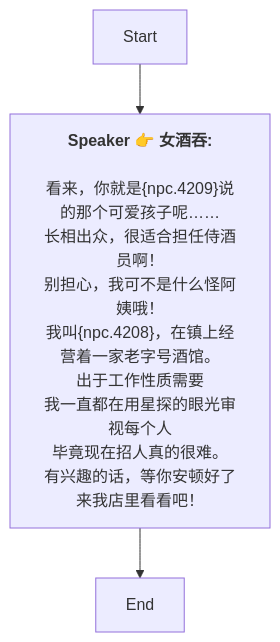
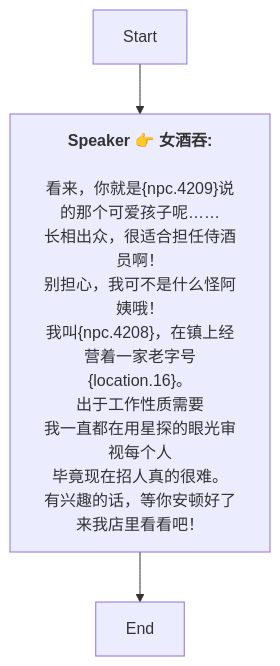
The diagram in Zh/AddDialogNode_1741889867296003.md (SoftHu/tos_avg), drawn with Mermaid before and after one commit. The commit also changed 199 other files, not shown here.

````diff
--- a/Zh/AddDialogNode_1741889867296003.md
+++ b/Zh/AddDialogNode_1741889867296003.md
@@ -1,15 +1,15 @@
 ```mermaid
 graph
 Start -->1741906499870021[<b>Speaker 👉 女酒吞:</b>
 
 看来，你就是&lbrace;npc.4209&rbrace;说的那个可爱孩子呢……
 长相出众，很适合担任侍酒员啊！
 别担心，我可不是什么怪阿姨哦！
-我叫&lbrace;npc.4208&rbrace;，在镇上经营着一家老字号酒馆。
+我叫&lbrace;npc.4208&rbrace;，在镇上经营着一家老字号&lbrace;location.16&rbrace;。
 出于工作性质需要
 我一直都在用星探的眼光审视每个人
 毕竟现在招人真的很难。
 有兴趣的话，等你安顿好了来我店里看看吧！]
 1741906499870021 -->1741908338957638[End]
 
  ```
````
